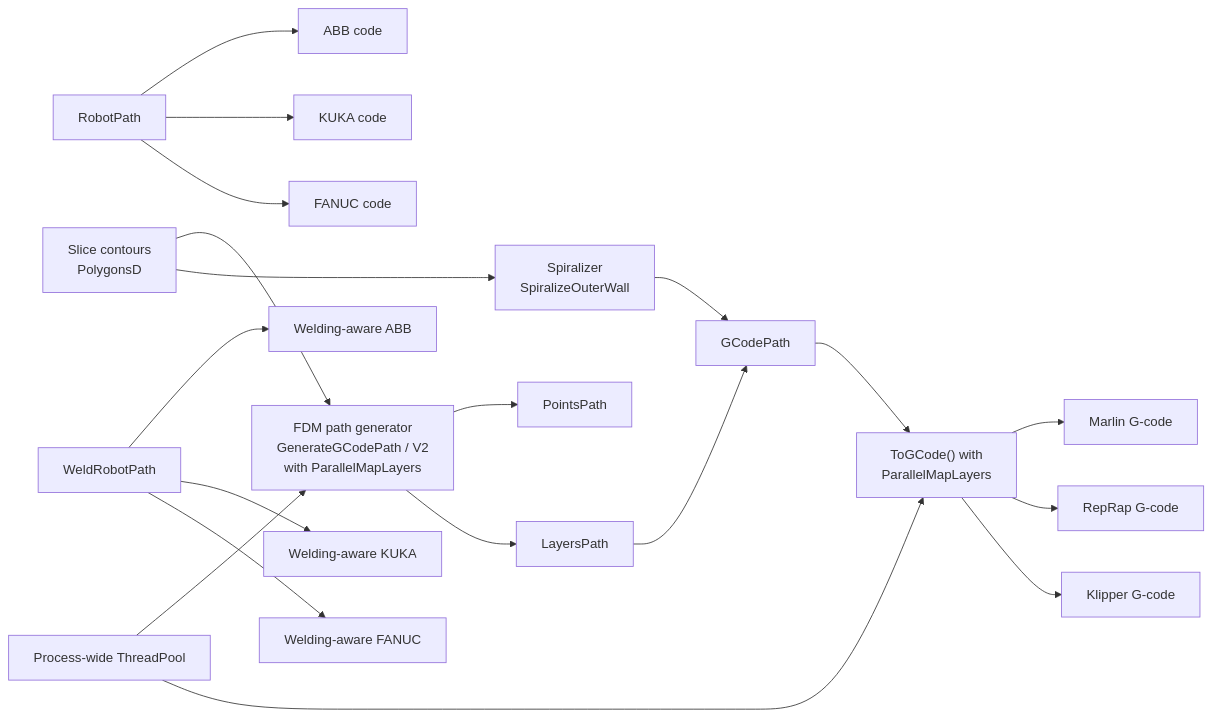
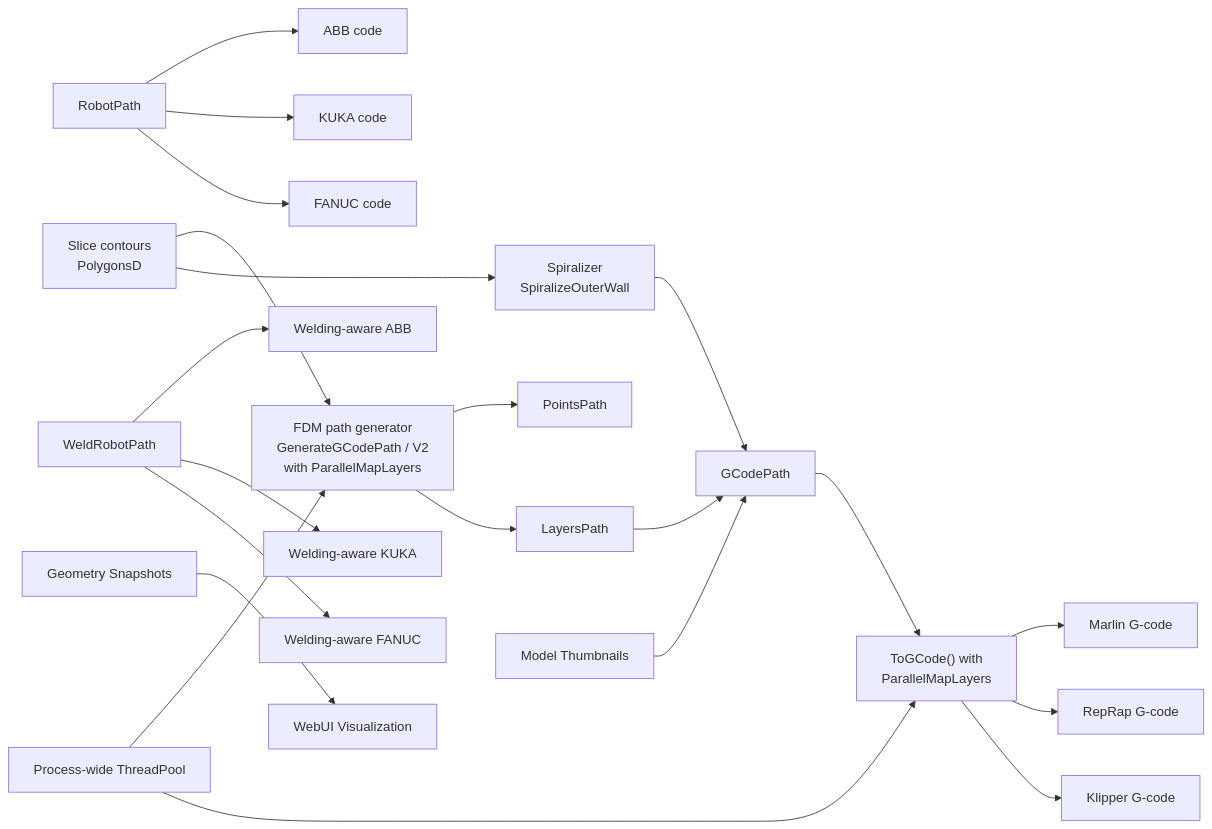
Before and after one commit to hsmbanlance/HsBaSlicer: the second of 15 diagrams in .qoder/repowiki/en/content/Core Modules/Path Generation (paths_, LibHsBaSlicer_Path_)/Path Generation (paths_, LibHsBaSlicer_Path_).md, drawn with Mermaid. The commit also changed other lines of this file and 101 other files, not shown here.

````diff
--- a/.qoder/repowiki/en/content/Core Modules/Path Generation (paths_, LibHsBaSlicer_Path_)/Path Generation (paths_, LibHsBaSlicer_Path_).md
+++ b/.qoder/repowiki/en/content/Core Modules/Path Generation (paths_, LibHsBaSlicer_Path_)/Path Generation (paths_, LibHsBaSlicer_Path_).md
@@ -168,21 +197,23 @@
 ```mermaid
 graph LR
 Slice["Slice contours<br/>PolygonsD"] --> Generator["FDM path generator<br/>GenerateGCodePath / V2<br/>with ParallelMapLayers"]
 Slice --> Spiral["Spiralizer<br/>SpiralizeOuterWall"]
 Generator --> Points["PointsPath"]
 Generator --> Layers["LayersPath"]
 Spiral --> GCode["GCodePath"]
 Layers --> GCode
 GCode --> Serial["ToGCode() with<br/>ParallelMapLayers"]
 Serial --> Marlin["Marlin G-code"]
 Serial --> RepRap["RepRap G-code"]
 Serial --> Klipper["Klipper G-code"]
 Robot["RobotPath"] --> ABB["ABB code"]
 Robot --> KUKA["KUKA code"]
 Robot --> FANUC["FANUC code"]
 Weld["WeldRobotPath"] --> WeldABB["Welding-aware ABB"]
 Weld --> WeldKUKA["Welding-aware KUKA"]
 Weld --> WeldFanuc["Welding-aware FANUC"]
 PipelinePool["Process-wide ThreadPool"] --> Generator
 PipelinePool --> Serial
+Thumbnails["Model Thumbnails"] --> GCode
+Snapshots["Geometry Snapshots"] --> Visualization["WebUI Visualization"]
 ```
````
